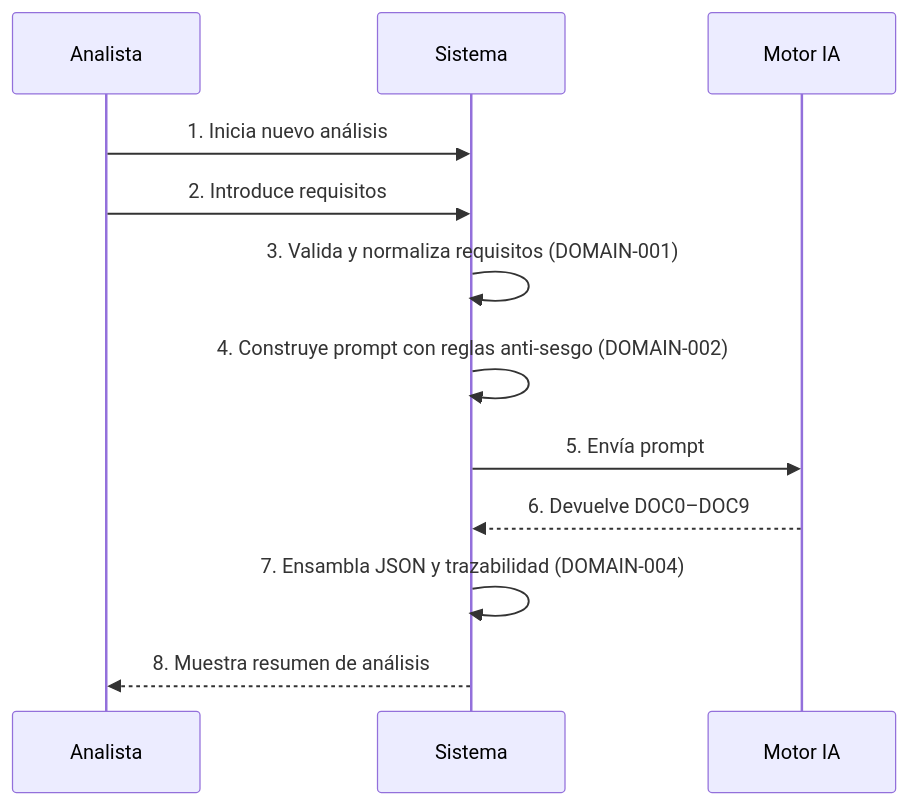
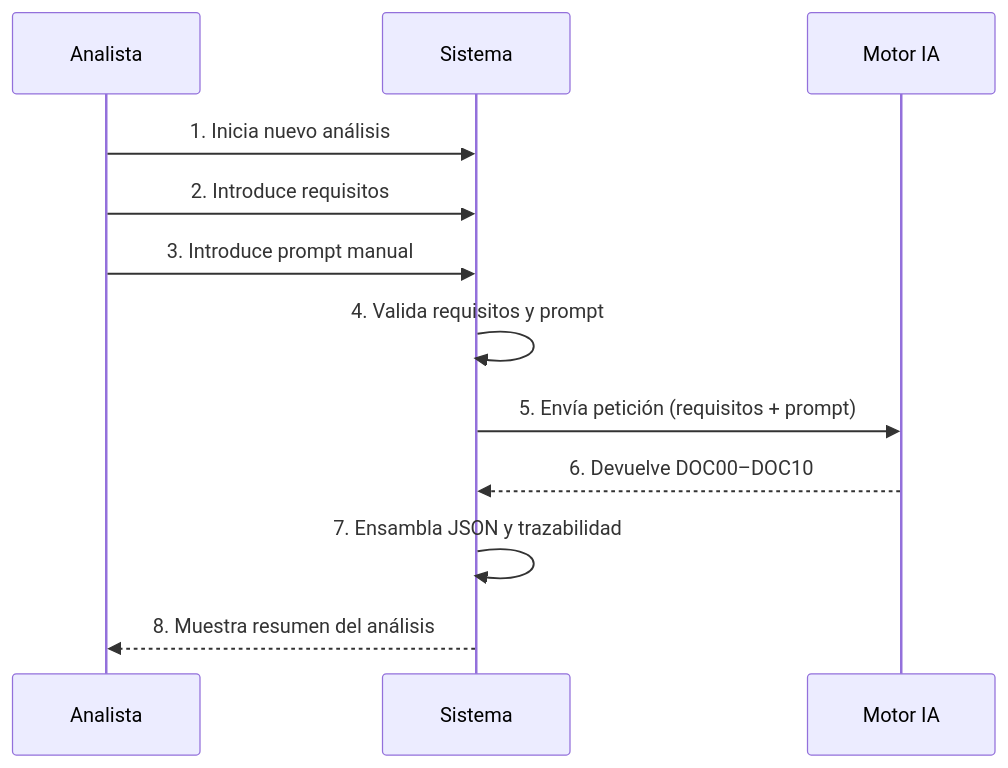
The first of 2 diagrams in analysis_ia_sesgo/DOC3_BUSINESS_FLOWS.md (essancv/training), drawn with Mermaid before and after one commit. The commit also changed other lines of this file, not shown here.

````diff
--- a/analysis_ia_sesgo/DOC3_BUSINESS_FLOWS.md
+++ b/analysis_ia_sesgo/DOC3_BUSINESS_FLOWS.md
@@ -31,15 +31,15 @@
 ```mermaid
 sequenceDiagram
   participant A as Analista
   participant S as Sistema
   participant IA as Motor IA
 
   A->>S: 1. Inicia nuevo análisis
   A->>S: 2. Introduce requisitos
-  S->>S: 3. Valida y normaliza requisitos (DOMAIN-001)
-  S->>S: 4. Construye prompt con reglas anti-sesgo (DOMAIN-002)
-  S->>IA: 5. Envía prompt
-  IA-->>S: 6. Devuelve DOC0–DOC9
-  S->>S: 7. Ensambla JSON y trazabilidad (DOMAIN-004)
-  S-->>A: 8. Muestra resumen de análisis
+  A->>S: 3. Introduce prompt manual
+  S->>S: 4. Valida requisitos y prompt
+  S->>IA: 5. Envía petición (requisitos + prompt)
+  IA-->>S: 6. Devuelve DOC00–DOC10
+  S->>S: 7. Ensambla JSON y trazabilidad
+  S-->>A: 8. Muestra resumen del análisis
 ```
````
